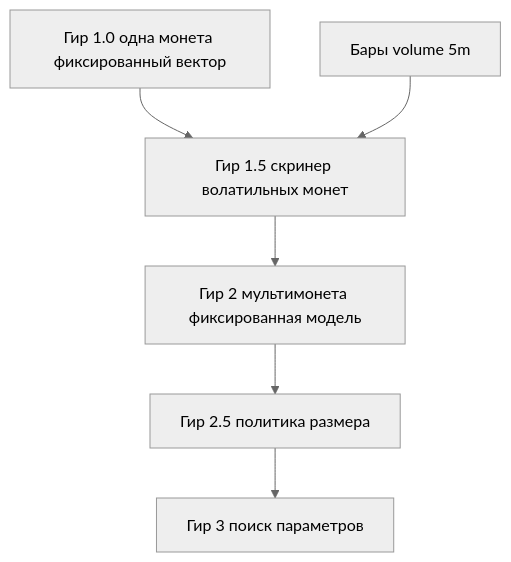
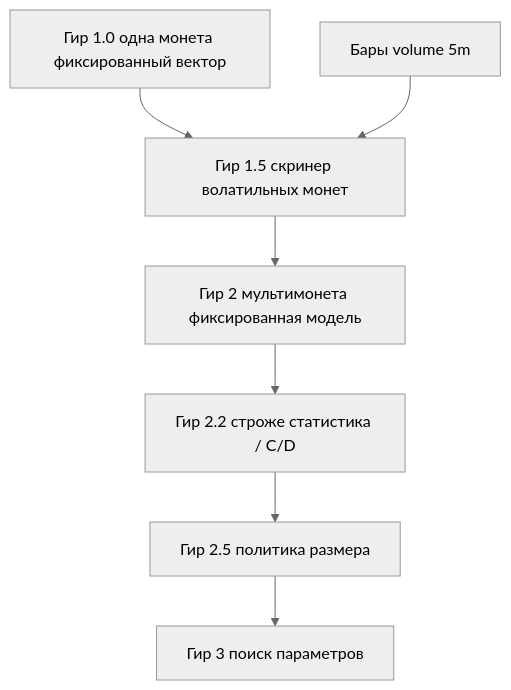
Before and after one commit to anabol21/arb_bots: the diagram in docs/strategy-gears.md, drawn with Mermaid (neutral theme). The commit also changed other lines of this file and 22 other files, not shown here.

````diff
--- a/docs/strategy-gears.md
+++ b/docs/strategy-gears.md
@@ -53,10 +53,11 @@
 ```mermaid
 flowchart TB
   g1["Гир 1.0 одна монета фиксированный вектор"]
   g15["Гир 1.5 скринер волатильных монет"]
   g2["Гир 2 мультимонета фиксированная модель"]
+  g22["Гир 2.2 строже статистика / C/D"]
   g25["Гир 2.5 политика размера"]
   g3["Гир 3 поиск параметров"]
-  g1 --> g15 --> g2 --> g25 --> g3
+  g1 --> g15 --> g2 --> g22 --> g25 --> g3
   bars["Бары volume 5m"] --> g15
 ```
````
